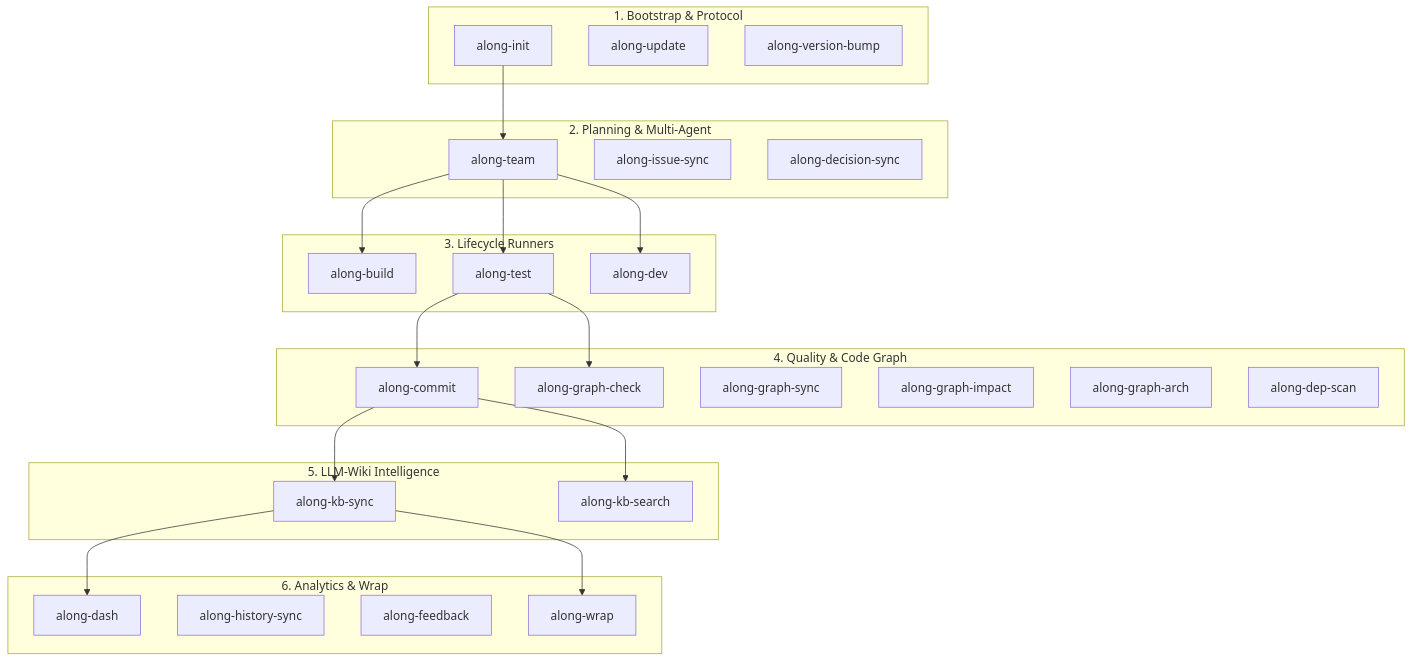
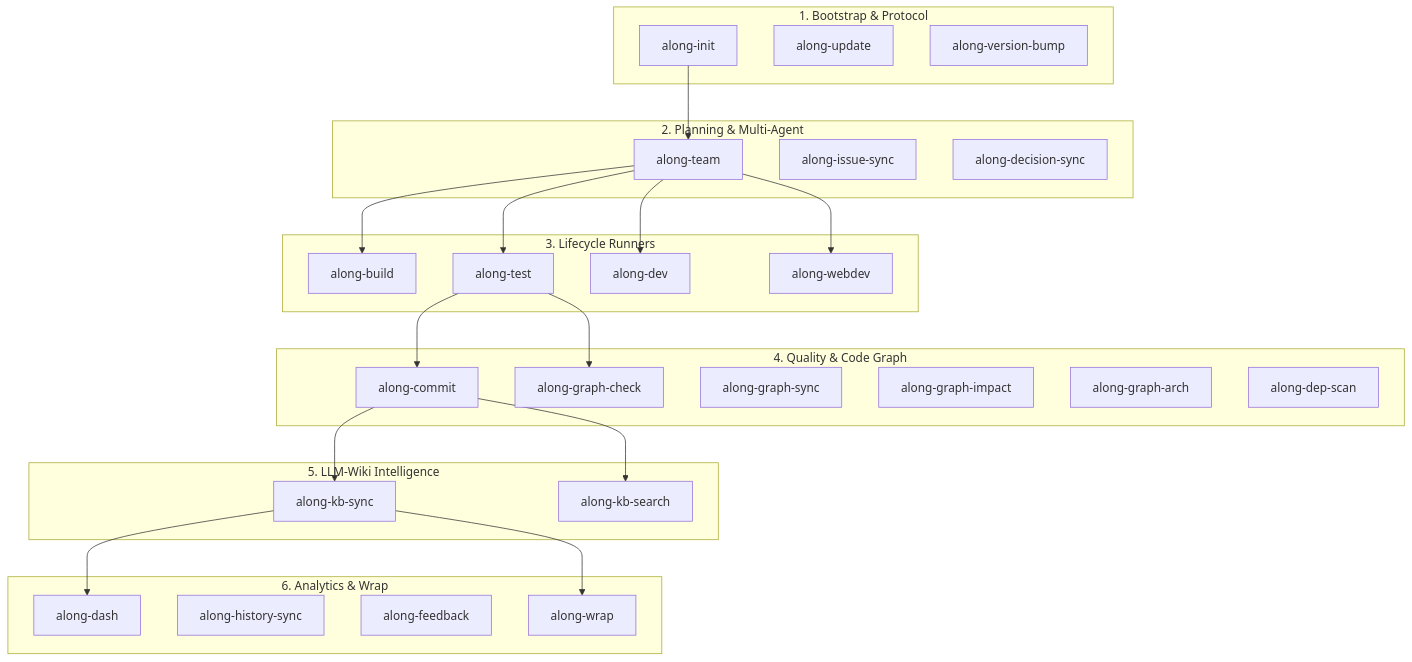
The diagram in docs/topic--skills-reference.md (actdim/along), drawn with Mermaid before and after one commit. The commit also changed other lines of this file and 19 other files, not shown here.

````diff
--- a/docs/topic--skills-reference.md
+++ b/docs/topic--skills-reference.md
@@ -28,47 +28,48 @@
 ```mermaid
 flowchart TD
     subgraph Phase1["1. Bootstrap & Protocol"]
         INIT["along-init"]
         UPDATE["along-update"]
         BUMP["along-version-bump"]
     end
 
     subgraph Phase2["2. Planning & Multi-Agent"]
         TEAM["along-team"]
         ISSUE_SYNC["along-issue-sync"]
         DEC_SYNC["along-decision-sync"]
     end
 
     subgraph Phase3["3. Lifecycle Runners"]
         BUILD["along-build"]
         TEST["along-test"]
         DEV["along-dev"]
+        WEBDEV["along-webdev"]
     end
 
     subgraph Phase4["4. Quality & Code Graph"]
         COMMIT["along-commit"]
         GRAPH["along-graph-check"]
         GRAPH_SYNC["along-graph-sync"]
         GRAPH_IMPACT["along-graph-impact"]
         GRAPH_ARCH["along-graph-arch"]
         DEP["along-dep-scan"]
     end
 
     subgraph Phase5["5. LLM-Wiki Intelligence"]
         KB_SYNC["along-kb-sync"]
         KB_SEARCH["along-kb-search"]
     end
 
     subgraph Phase6["6. Analytics & Wrap"]
         DASH["along-dash"]
         HIST_SYNC["along-history-sync"]
         FEEDBACK["along-feedback"]
         WRAP["along-wrap"]
     end
 
     INIT --> TEAM
-    TEAM --> BUILD & TEST & DEV
+    TEAM --> BUILD & TEST & DEV & WEBDEV
     TEST --> GRAPH & COMMIT
     COMMIT --> KB_SYNC & KB_SEARCH
     KB_SYNC --> DASH & WRAP
 ```
````
